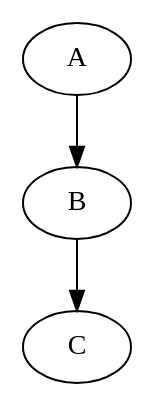
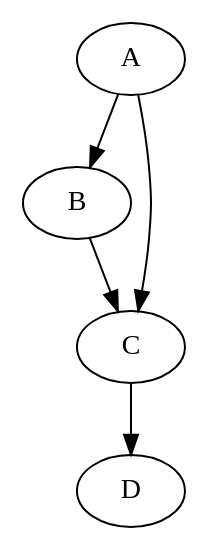
Before and after one commit to ACBozzi/t1-grafos: the diagram in demo.dot, drawn with Graphviz. The commit also changed 9 other files, not shown here.

```diff
--- a/demo.dot
+++ b/demo.dot
@@ -1,4 +1,6 @@
 digraph G{
 	A -> B {label="10"}
+	A -> C {label="10"}
 	B -> C {label="1"}
+	C -> D {label="1"}
 }
```
